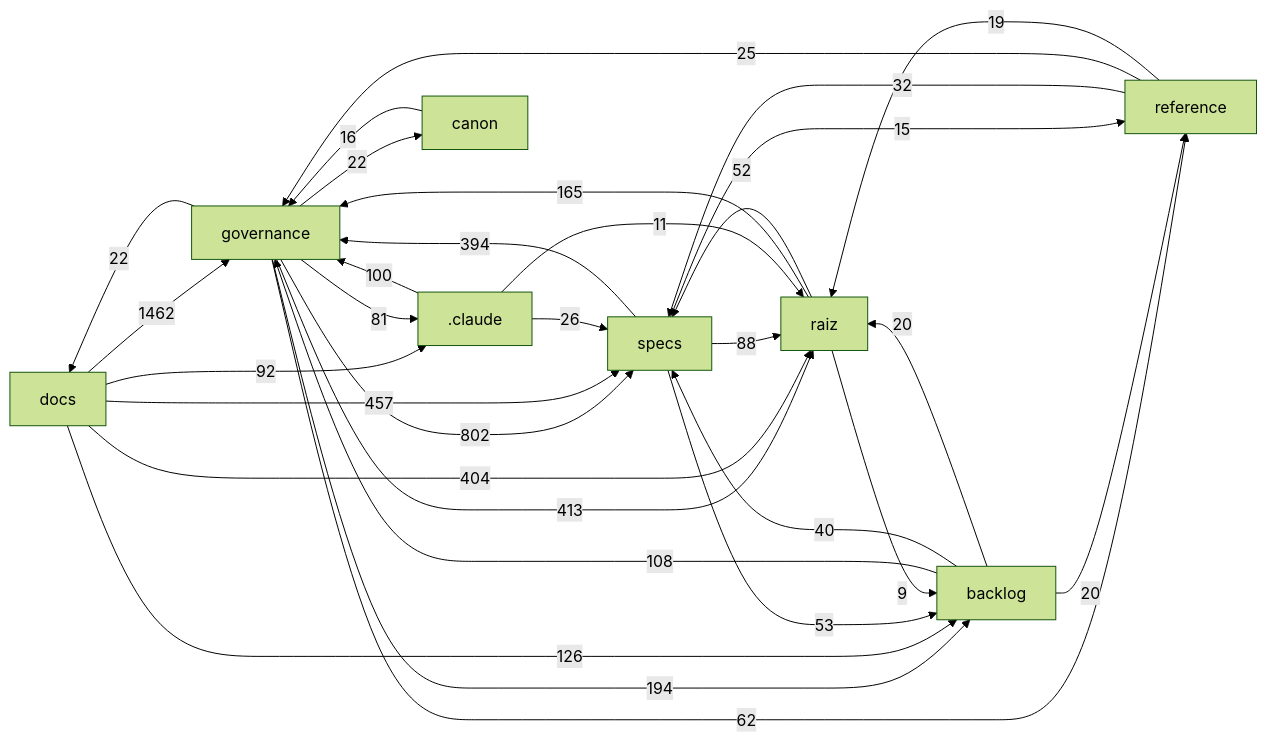
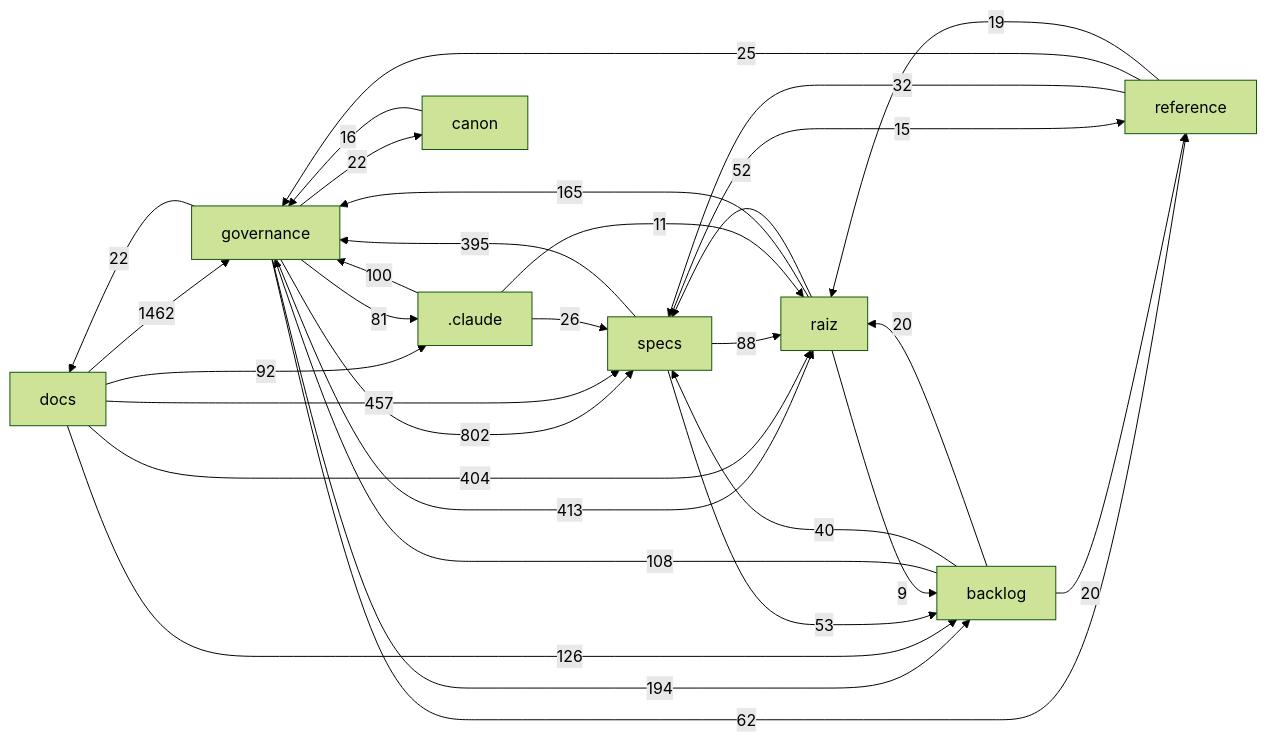
Before and after one commit to Andraus35/Sistema-Operacional-de-Trading--SOT: the diagram in docs/mapa/MAPA-PROJETO.md, drawn with Mermaid (forest theme). The commit also changed other lines of this file and 2 other files, not shown here.

````diff
--- a/docs/mapa/MAPA-PROJETO.md
+++ b/docs/mapa/MAPA-PROJETO.md
@@ -29,33 +29,33 @@
 ```mermaid
 flowchart LR
   docs["docs"] -->|1462| governance["governance"]
   governance["governance"] -->|802| specs["specs"]
   docs["docs"] -->|457| specs["specs"]
   governance["governance"] -->|413| raiz["raiz"]
   docs["docs"] -->|404| raiz["raiz"]
-  specs["specs"] -->|394| governance["governance"]
+  specs["specs"] -->|395| governance["governance"]
   governance["governance"] -->|194| backlog["backlog"]
   raiz["raiz"] -->|165| governance["governance"]
   docs["docs"] -->|126| backlog["backlog"]
   backlog["backlog"] -->|108| governance["governance"]
   _claude[".claude"] -->|100| governance["governance"]
   docs["docs"] -->|92| _claude[".claude"]
   specs["specs"] -->|88| raiz["raiz"]
   governance["governance"] -->|81| _claude[".claude"]
   governance["governance"] -->|62| reference["reference"]
   specs["specs"] -->|53| backlog["backlog"]
   raiz["raiz"] -->|52| specs["specs"]
   backlog["backlog"] -->|40| specs["specs"]
   reference["reference"] -->|32| specs["specs"]
   _claude[".claude"] -->|26| specs["specs"]
   reference["reference"] -->|25| governance["governance"]
   governance["governance"] -->|22| docs["docs"]
   governance["governance"] -->|22| canon["canon"]
   backlog["backlog"] -->|20| raiz["raiz"]
   backlog["backlog"] -->|20| reference["reference"]
   reference["reference"] -->|19| raiz["raiz"]
   canon["canon"] -->|16| governance["governance"]
   specs["specs"] -->|15| reference["reference"]
   _claude[".claude"] -->|11| raiz["raiz"]
   raiz["raiz"] -->|9| backlog["backlog"]
 ```
````
